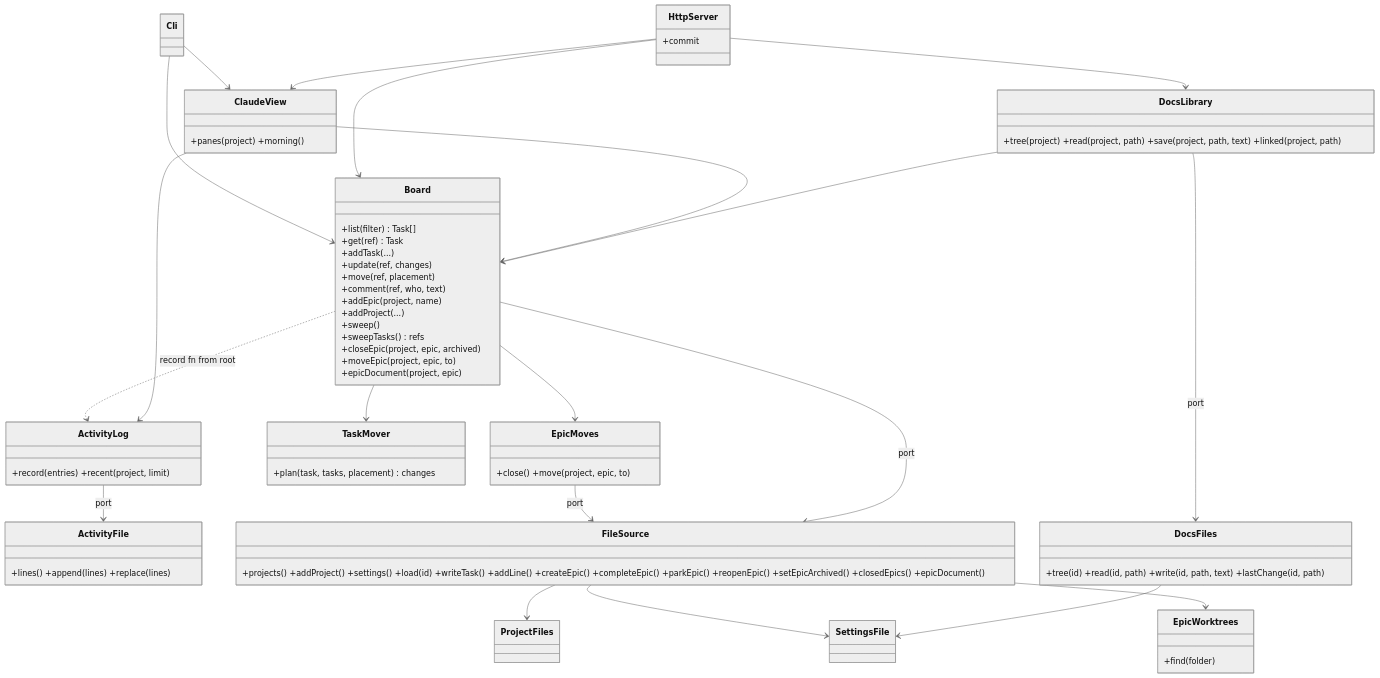
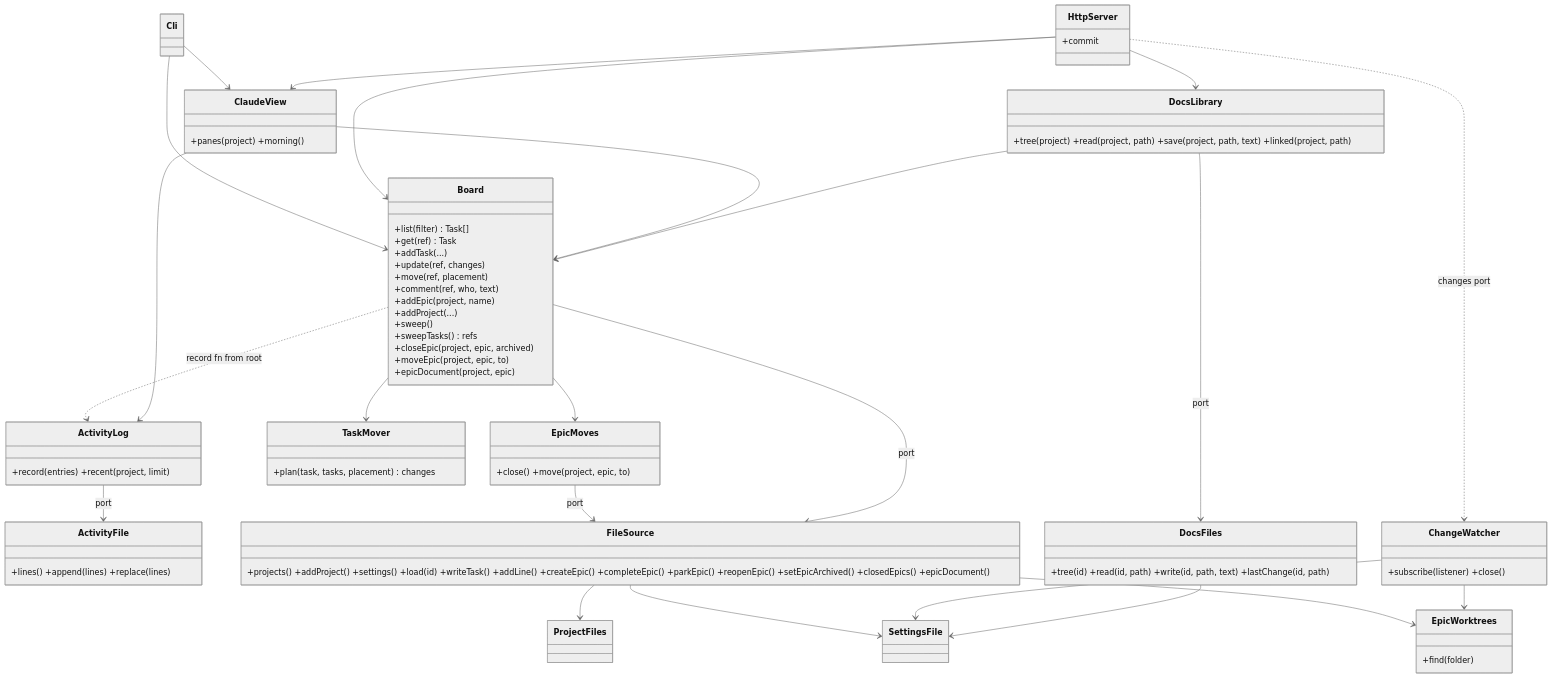
The diagram in Docs/Architecture.md (TabuNuf/doit), drawn with Mermaid (neutral theme) before and after one commit. The commit also changed other lines of this file and 1 other file, not shown here.

Commit message:
T-017.1: Architecture: ChangeWatcher and the changes port on HttpServer

````diff
--- a/Docs/Architecture.md
+++ b/Docs/Architecture.md
@@ -45,50 +46,54 @@
 ```mermaid
 classDiagram
   class Board {
     +list(filter) Task[]
     +get(ref) Task
     +addTask(...)
     +update(ref, changes)
     +move(ref, placement)
     +comment(ref, who, text)
     +addEpic(project, name)
     +addProject(...)
     +sweep()
     +sweepTasks() refs
     +closeEpic(project, epic, archived)
     +moveEpic(project, epic, to)
     +epicDocument(project, epic)
   }
   class ClaudeView { +panes(project) +morning() }
   class ActivityLog { +record(entries) +recent(project, limit) }
   class ActivityFile { +lines() +append(lines) +replace(lines) }
   class DocsLibrary { +tree(project) +read(project, path) +save(project, path, text) +linked(project, path) }
   class DocsFiles { +tree(id) +read(id, path) +write(id, path, text) +lastChange(id, path) }
   class TaskMover { +plan(task, tasks, placement) changes }
   class EpicMoves { +close() +move(project, epic, to) }
   class FileSource { +projects() +addProject() +settings() +load(id) +writeTask() +addLine() +createEpic() +completeEpic() +parkEpic() +reopenEpic() +setEpicArchived() +closedEpics() +epicDocument() }
   class ProjectFiles
   class SettingsFile
   class EpicWorktrees { +find(folder) }
+  class ChangeWatcher { +subscribe(listener) +close() }
   class Cli
   class HttpServer { +commit }
   Board --> TaskMover
   Board --> EpicMoves
   EpicMoves --> FileSource : port
   Board ..> ActivityLog : record fn from root
   ActivityLog --> ActivityFile : port
   Board --> FileSource : port
   FileSource --> ProjectFiles
   FileSource --> SettingsFile
   FileSource --> EpicWorktrees
   Cli --> Board
   Cli --> ClaudeView
   HttpServer --> Board
   HttpServer --> DocsLibrary
   HttpServer --> ClaudeView
+  HttpServer ..> ChangeWatcher : changes port
+  ChangeWatcher --> SettingsFile
+  ChangeWatcher --> EpicWorktrees
   ClaudeView --> Board
   ClaudeView --> ActivityLog
   DocsLibrary --> Board
   DocsLibrary --> DocsFiles : port
   DocsFiles --> SettingsFile
 ```
````
